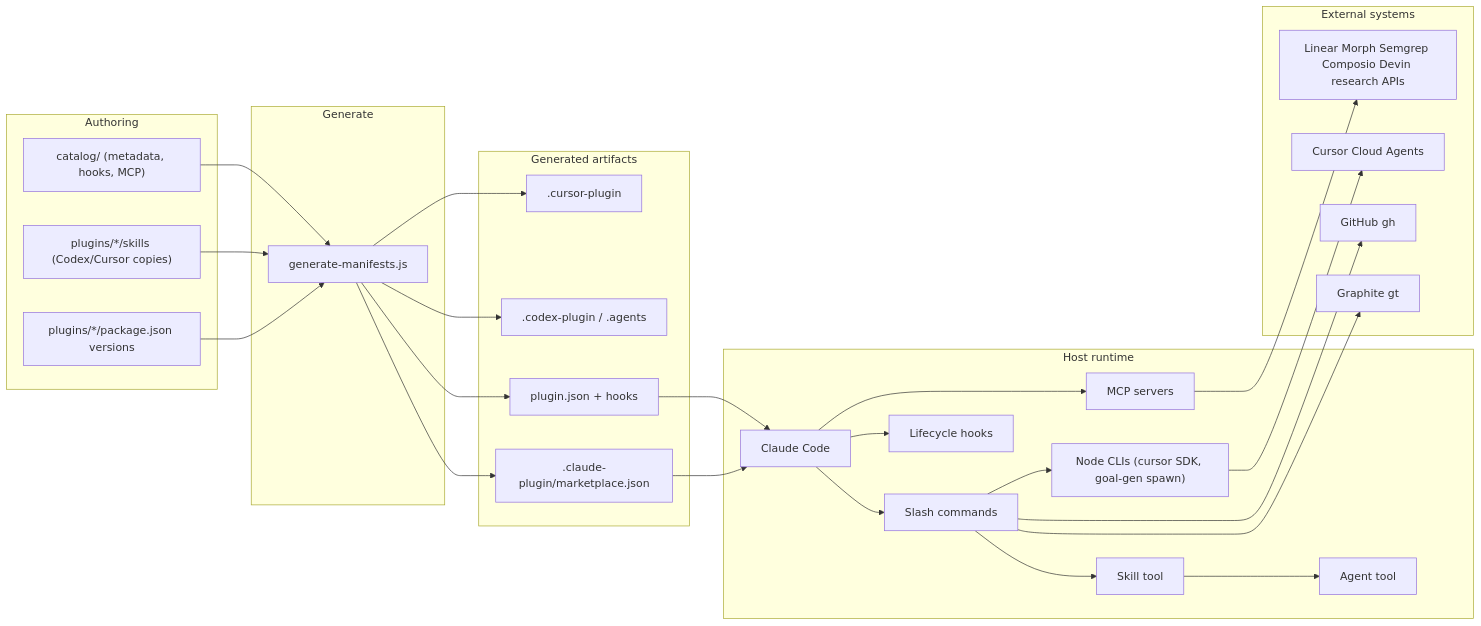
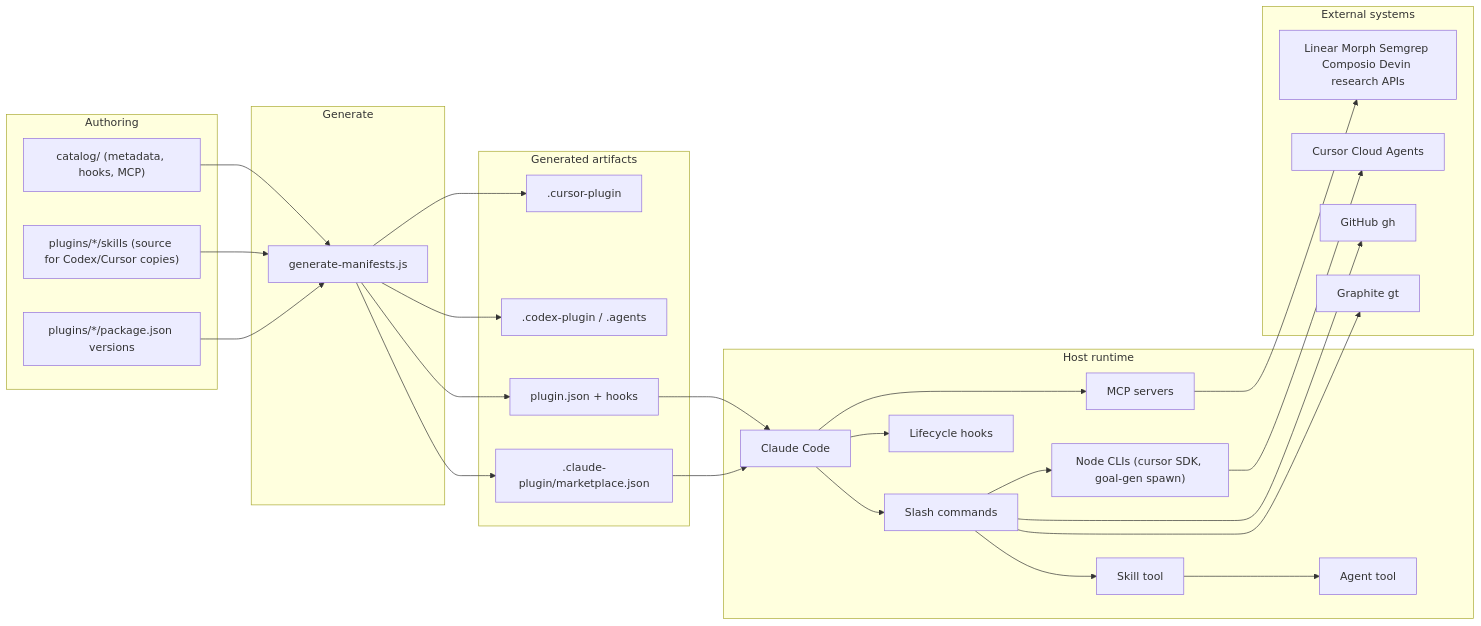
One commit to KingInYellows/yellow-plugins changed the diagram in docs/architecture-overview.md. Above: the diagram before and after it, drawn with Mermaid. The commit also changed other lines of this file and 1 other file, not shown here.

First line of the commit message:
fix(docs): sync architecture overview with Composio OAuth and re-review

````diff
--- a/docs/architecture-overview.md
+++ b/docs/architecture-overview.md
@@ -153,49 +159,49 @@
 ```mermaid
 flowchart LR
   subgraph authoring [Authoring]
     Catalog["catalog/ (metadata, hooks, MCP)"]
-    PluginSrc["plugins/*/skills (Codex/Cursor copies)"]
+    PluginSrc["plugins/*/skills (source for Codex/Cursor copies)"]
     PkgJson["plugins/*/package.json versions"]
   end
   subgraph generate [Generate]
     Gen[generate-manifests.js]
   end
   subgraph artifacts [Generated artifacts]
     Mkt[".claude-plugin/marketplace.json"]
     PJ["plugin.json + hooks"]
     Codex[".codex-plugin / .agents"]
     Cursor[".cursor-plugin"]
   end
   subgraph host [Host runtime]
     CC[Claude Code]
     Cmd[Slash commands]
     Skill[Skill tool]
     Agent[Agent tool]
     Hooks[Lifecycle hooks]
     MCP[MCP servers]
     NodeCLI["Node CLIs (cursor SDK, goal-gen spawn)"]
   end
   subgraph ext [External systems]
     GT[Graphite gt]
     GH[GitHub gh]
     APIs[Linear Morph Semgrep Composio Devin research APIs]
     CursorAPI[Cursor Cloud Agents]
   end
 
   Catalog --> Gen
   PluginSrc --> Gen
   PkgJson --> Gen
   Gen --> Mkt
   Gen --> PJ
   Gen --> Codex
   Gen --> Cursor
   Mkt --> CC
   PJ --> CC
   CC --> Cmd --> Skill
   Skill --> Agent
   CC --> Hooks
   CC --> MCP --> APIs
   Cmd --> GT
   Cmd --> GH
   Cmd --> NodeCLI --> CursorAPI
 ```
````
